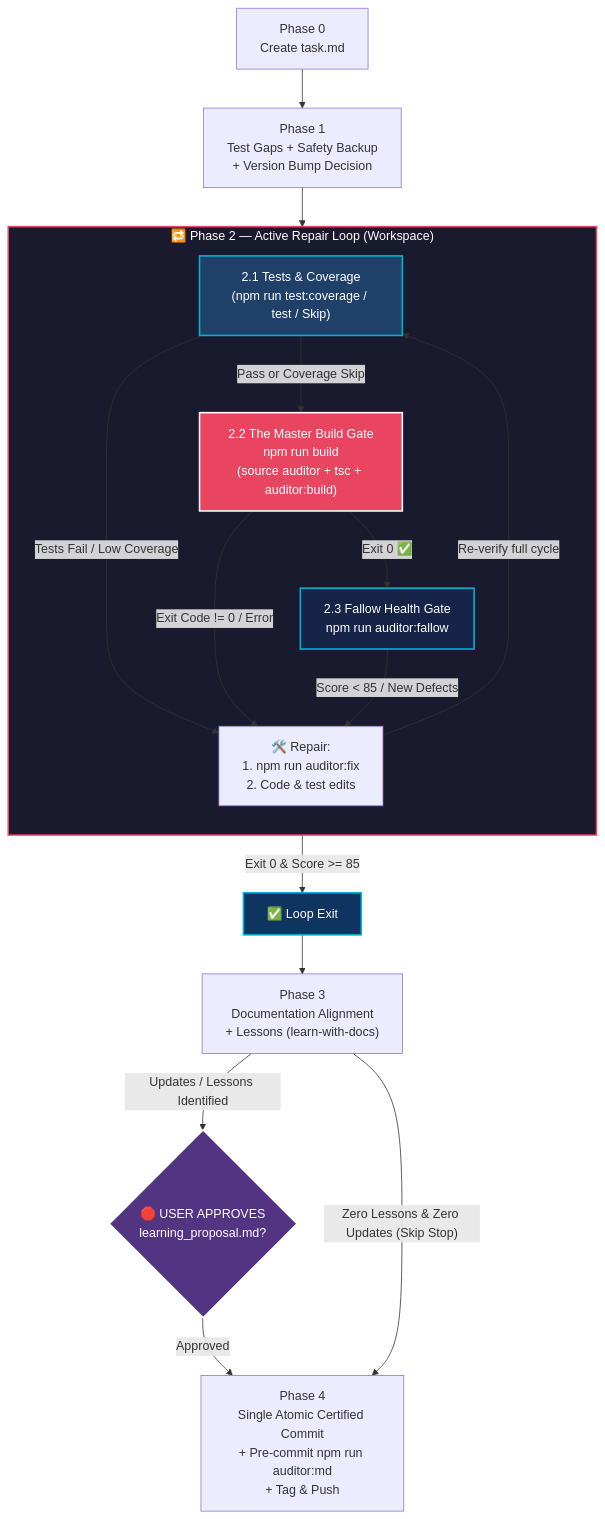
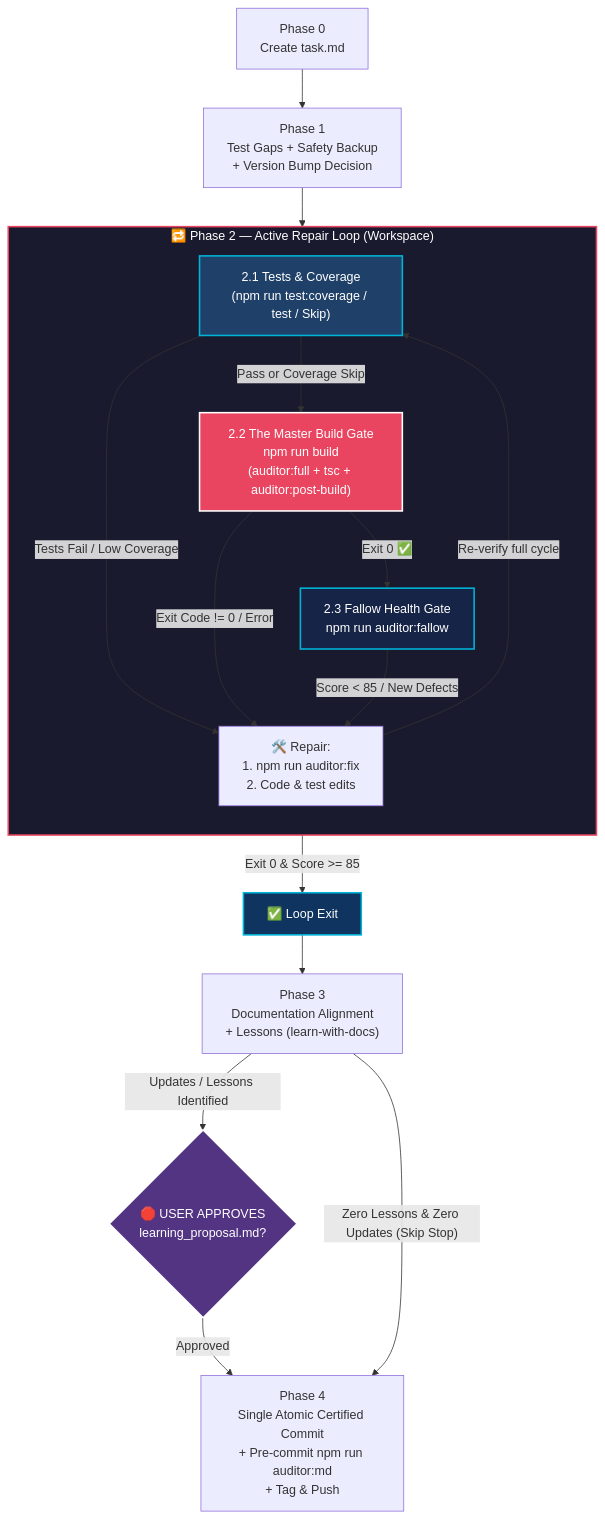
Before and after one commit to francogp/auditor: the diagram in .agents/skills/safe-commit/SKILL.md, drawn with Mermaid. The commit also changed other lines of this file and 452 other files, not shown here.

````diff
--- a/.agents/skills/safe-commit/SKILL.md
+++ b/.agents/skills/safe-commit/SKILL.md
@@ -55,29 +55,29 @@
 ```mermaid
 graph TD
     A0["Phase 0\nCreate task.md"] --> A1["Phase 1\nTest Gaps + Safety Backup\n+ Version Bump Decision"]
     A1 --> LOOP
 
     subgraph LOOP ["🔁 Phase 2 — Active Repair Loop (Workspace)"]
         direction TB
-        T["2.1 Tests & Coverage\n(npm run test:coverage / test / Skip)"] -->|"Pass or Coverage Skip"| B["2.2 The Master Build Gate\nnpm run build\n(source auditor + tsc + auditor:build)"]
+        T["2.1 Tests & Coverage\n(npm run test:coverage / test / Skip)"] -->|"Pass or Coverage Skip"| B["2.2 The Master Build Gate\nnpm run build\n(auditor:full + tsc + auditor:post-build)"]
         B -->|"Exit 0 ✅"| F["2.3 Fallow Health Gate\nnpm run auditor:fallow"]
         
         T -->|"Tests Fail / Low Coverage"| REPAIR["🛠️ Repair:\n1. npm run auditor:fix\n2. Code & test edits"]
         B -->|"Exit Code != 0 / Error"| REPAIR
         F -->|"Score < 85 / New Defects"| REPAIR
         REPAIR -->|"Re-verify full cycle"| T
     end
 
     F -->|"Exit 0 & Score >= 85"| EXIT_GATE["✅ Loop Exit"]
     EXIT_GATE --> A3["Phase 3\nDocumentation Alignment\n+ Lessons (learn-with-docs)"]
     A3 -->|"Updates / Lessons Identified"| STOP1{"🛑 USER APPROVES\nlearning_proposal.md?"}
     STOP1 -->|Approved| A4["Phase 4\nSingle Atomic Certified Commit\n+ Pre-commit npm run auditor:md\n+ Tag & Push"]
     A3 -->|"Zero Lessons & Zero Updates (Skip Stop)"| A4
 
     style LOOP fill:#1a1a2e,stroke:#e94560,stroke-width:2px,color:#fff
     style T fill:#1f4068,stroke:#00b4d8,stroke-width:2px,color:#fff
     style B fill:#e94560,stroke:#fff,stroke-width:2px,color:#fff
     style F fill:#162447,stroke:#00b4d8,stroke-width:2px,color:#fff
     style EXIT_GATE fill:#0f3460,stroke:#00b4d8,stroke-width:2px,color:#fff
     style STOP1 fill:#533483,stroke:#fff,stroke-width:2px,color:#fff
 ```
````
